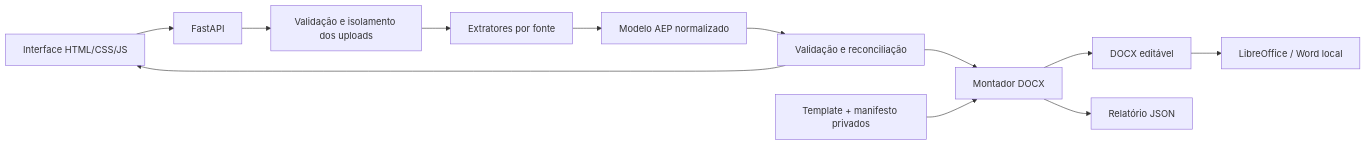
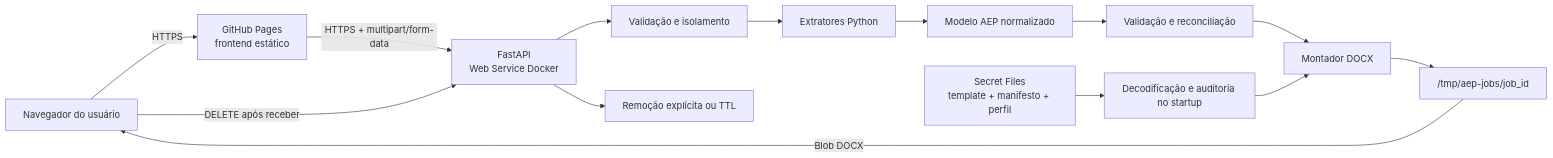
The first of 2 diagrams in docs/arquitetura.md (kinhoog/automatizacaoaep), drawn with Mermaid before and after one commit. The commit also changed other lines of this file and 6 other files, not shown here.

````diff
--- a/docs/arquitetura.md
+++ b/docs/arquitetura.md
@@ -7,14 +7,16 @@
 ```mermaid
 flowchart LR
-    UI["Interface HTML/CSS/JS"] --> API["FastAPI"]
-    API --> SEC["Validação e isolamento dos uploads"]
-    SEC --> EXT["Extratores por fonte"]
+    U["Navegador do usuário"] -->|HTTPS| P["GitHub Pages<br/>frontend estático"]
+    P -->|HTTPS + multipart/form-data| API["FastAPI<br/>Web Service Docker"]
+    API --> SEC["Validação e isolamento"]
+    SEC --> EXT["Extratores Python"]
     EXT --> MODEL["Modelo AEP normalizado"]
-    MODEL --> VAL["Validação e reconciliação"]
-    VAL --> UI
-    VAL --> ASM["Montador DOCX"]
-    TPL["Template + manifesto privados"] --> ASM
-    ASM --> DOCX["DOCX editável"]
-    ASM --> AUDIT["Relatório JSON"]
-    DOCX --> RENDER["LibreOffice / Word local"]
+    MODEL --> REC["Validação e reconciliação"]
+    REC --> ASM["Montador DOCX"]
+    TPL["Secret Files<br/>template + manifesto + perfil"] --> BOOT["Decodificação e auditoria no startup"]
+    BOOT --> ASM
+    ASM --> TMP["/tmp/aep-jobs/job_id"]
+    TMP -->|Blob DOCX| U
+    U -->|DELETE após receber| API
+    API --> CLEAN["Remoção explícita ou TTL"]
 ```
````
